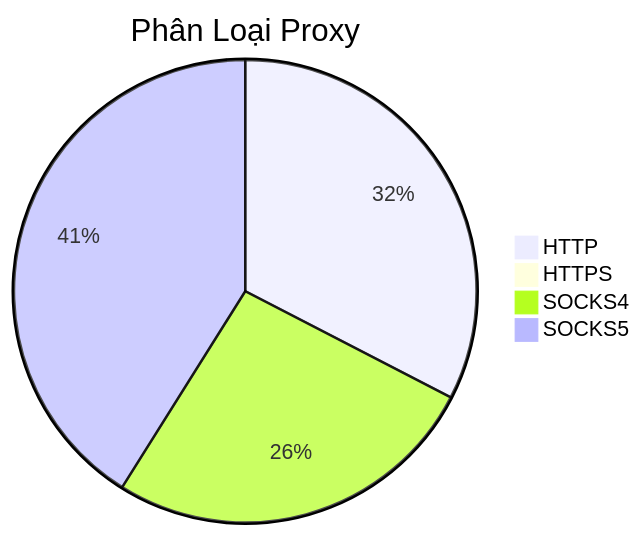
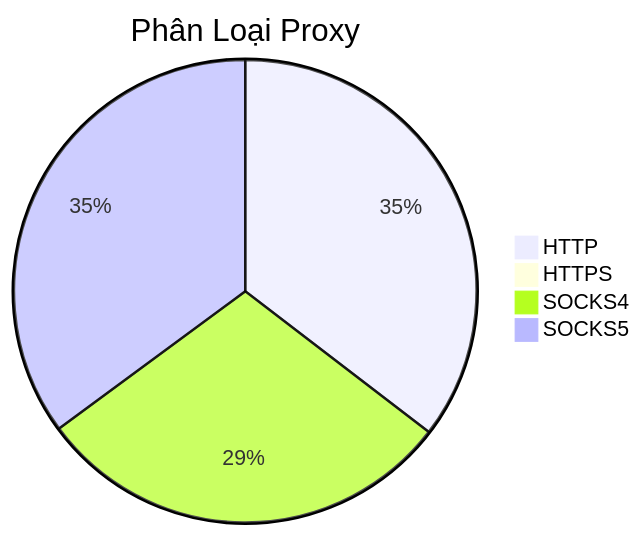
One commit to Ciara-Aa/PROXY-free changed the diagram in README.md. Above: the diagram before and after it, drawn with Mermaid. The commit also changed other lines of this file and 4 other files, not shown here.

````diff
--- a/README.md
+++ b/README.md
@@ -26,7 +26,7 @@
 ```mermaid
 pie title Phân Loại Proxy
-    "HTTP" : 292
-    "HTTPS" : 3
-    "SOCKS4" : 236
-    "SOCKS5" : 368
+    "HTTP" : 359
+    "HTTPS" : 2
+    "SOCKS4" : 299
+    "SOCKS5" : 356
 ```
````
